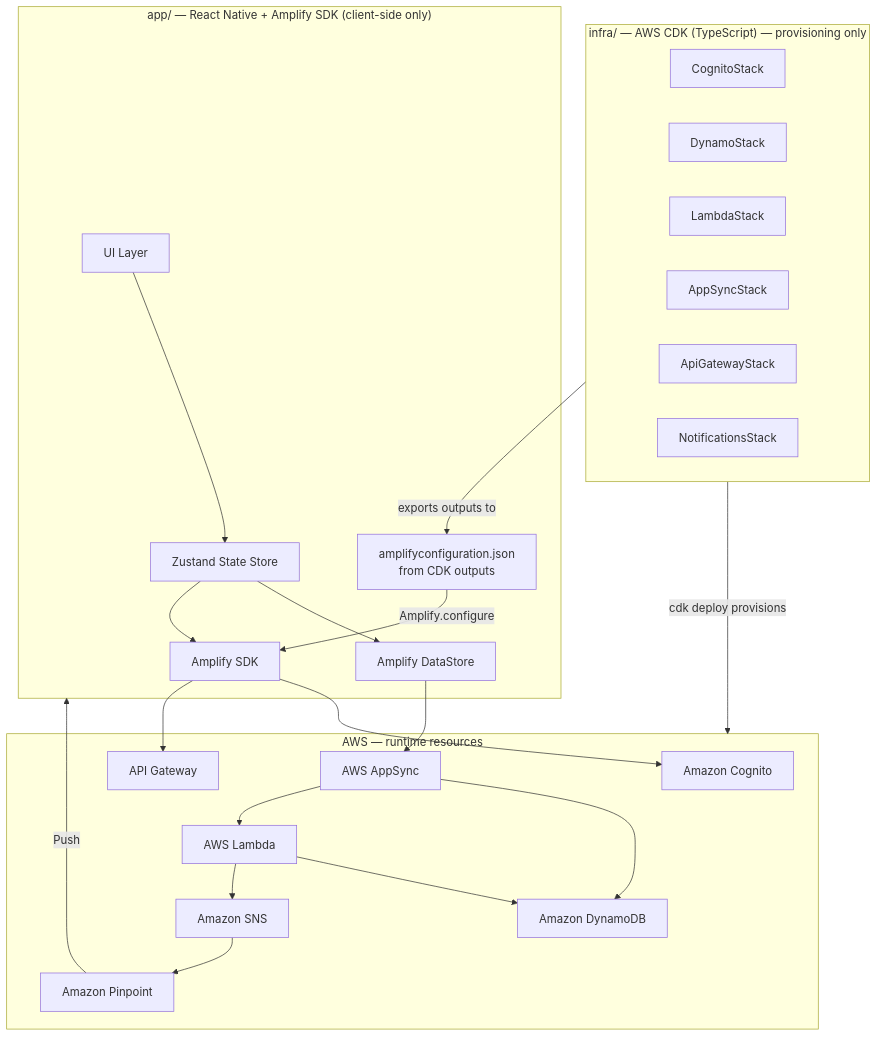
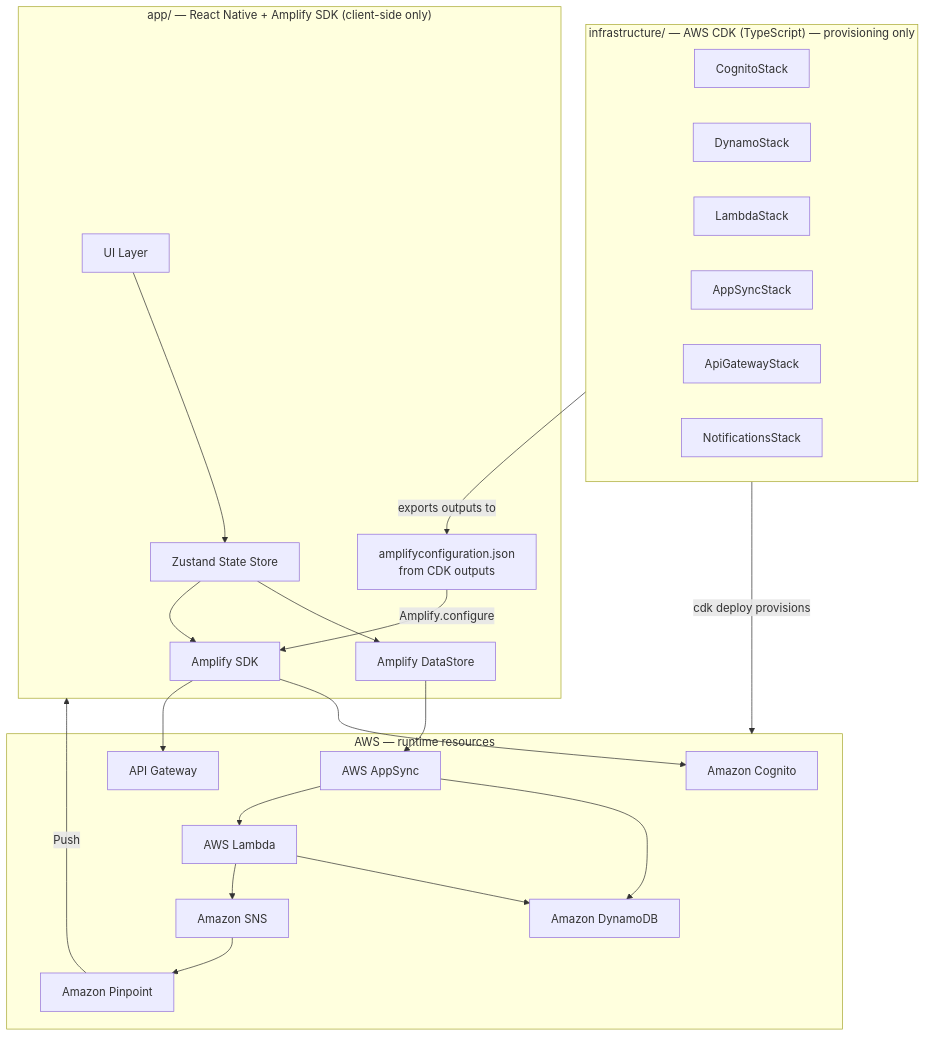
One commit to jupham/SlapWise changed the diagram in .kiro/specs/social-slap-tracker/design.md. Above: the diagram before and after it, drawn with Mermaid. The commit also changed other lines of this file and 35 other files, not shown here.

````diff
--- a/.kiro/specs/social-slap-tracker/design.md
+++ b/.kiro/specs/social-slap-tracker/design.md
@@ -27,46 +27,46 @@
 ```mermaid
 graph TD
-    subgraph CDK["infra/ — AWS CDK (TypeScript) — provisioning only"]
+    subgraph CDK["infrastructure/ — AWS CDK (TypeScript) — provisioning only"]
         CognitoStack[CognitoStack]
         DynamoStack[DynamoStack]
         LambdaStack[LambdaStack]
         AppSyncStack[AppSyncStack]
         ApiGWStack[ApiGatewayStack]
         NotifStack[NotificationsStack]
     end
 
     subgraph Mobile["app/ — React Native + Amplify SDK (client-side only)"]
         UI[UI Layer]
         Store[Zustand State Store]
         DS[Amplify DataStore]
         AmpSDK[Amplify SDK]
         Config[amplifyconfiguration.json\nfrom CDK outputs]
     end
 
     subgraph AWS["AWS — runtime resources"]
         Cognito[Amazon Cognito]
         AppSync[AWS AppSync]
         DDB[Amazon DynamoDB]
         Lambda[AWS Lambda]
         SNS[Amazon SNS]
         Pinpoint[Amazon Pinpoint]
         APIGW[API Gateway]
     end
 
     CDK -->|cdk deploy provisions| AWS
     CDK -->|exports outputs to| Config
     Config -->|Amplify.configure| AmpSDK
 
     UI --> Store
     Store --> DS
     Store --> AmpSDK
     DS --> AppSync
     AmpSDK --> Cognito
     AmpSDK --> APIGW
     AppSync --> DDB
     AppSync --> Lambda
     Lambda --> DDB
     Lambda --> SNS
     SNS --> Pinpoint
     Pinpoint -->|Push| Mobile
 ```
````
